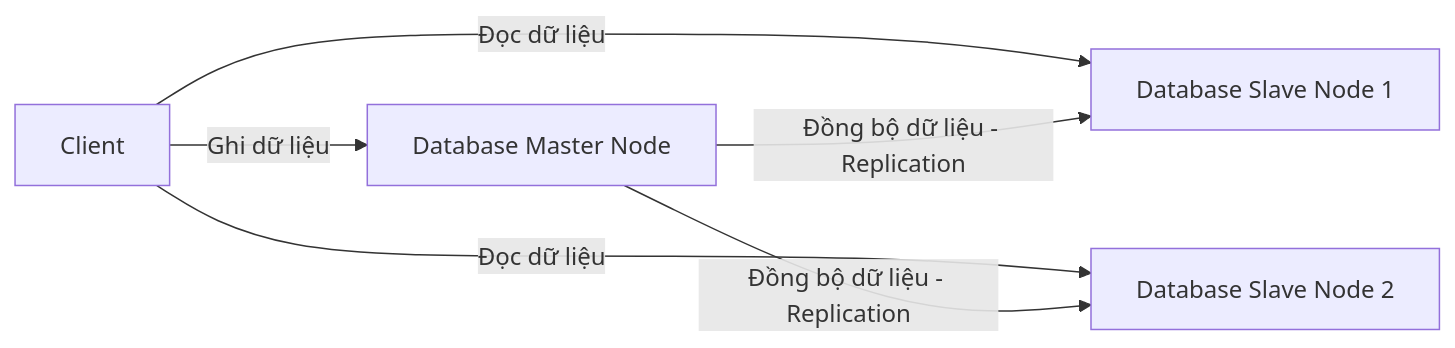
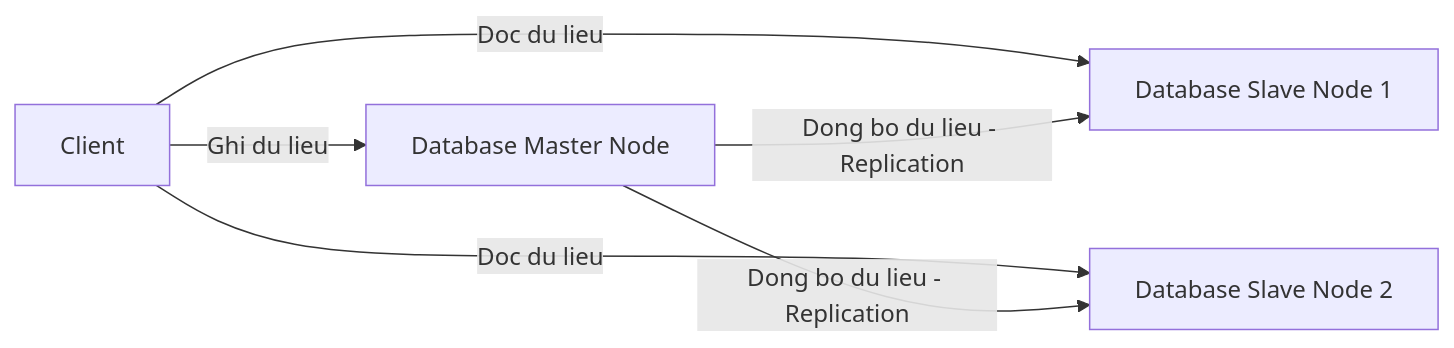
One commit to L1nkinPark/devops-ci-cd-templates changed the diagram in system-design/5. Database-Architecture/README.md. Above: the diagram before and after it, drawn with Mermaid. The commit also changed other lines of this file and 8 other files, not shown here.

Commit message:
fix(system-design): fix mermaid syntax error and remove all emojis from repository docs

````diff
--- a/system-design/5. Database-Architecture/README.md
+++ b/system-design/5. Database-Architecture/README.md
@@ -23,7 +23,8 @@
 ```mermaid
 graph LR
-    Client -->|Ghi dữ liệu| Master[Database Master Node]
-    Client -->|Đọc dữ liệu| Slave1[Database Slave Node 1]
-    Client -->|Đọc dữ liệu| Slave2[Database Slave Node 2]
-    Master -->|Đồng bộ dữ liệu - Replication| Slave1 & Slave2
+    Client -->|Ghi du lieu| Master[Database Master Node]
+    Client -->|Doc du lieu| Slave1[Database Slave Node 1]
+    Client -->|Doc du lieu| Slave2[Database Slave Node 2]
+    Master -->|Dong bo du lieu - Replication| Slave1
+    Master -->|Dong bo du lieu - Replication| Slave2
 ```
````
